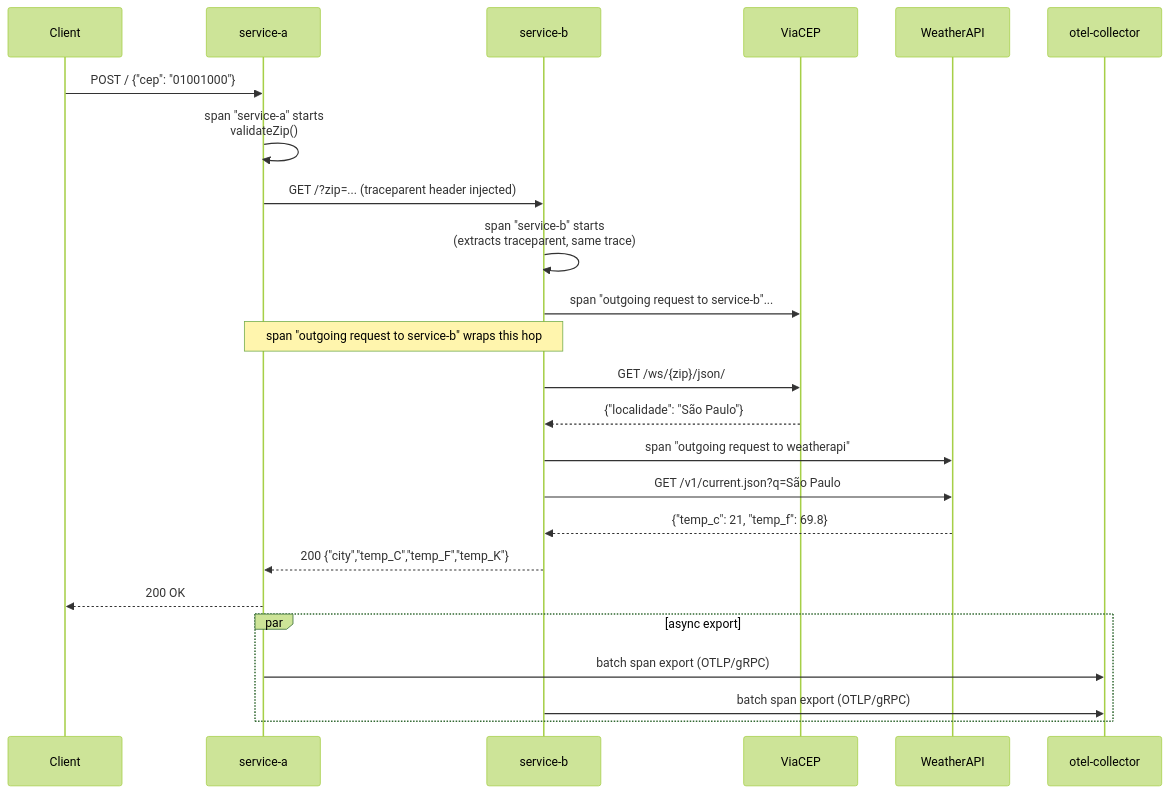
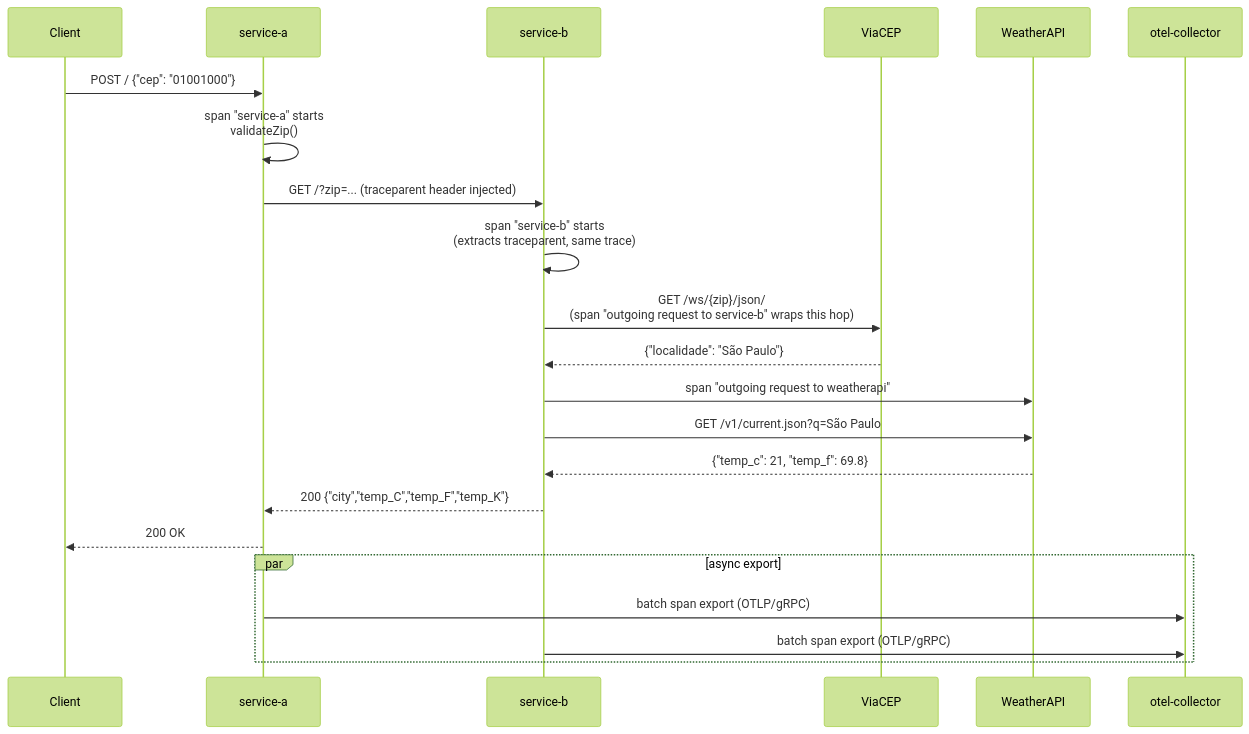
One commit to dpcamargo/otel-distributed-tracing-go changed the second of 2 diagrams in README.md. Above: the diagram before and after it, drawn with Mermaid (forest theme). The commit also changed other lines of this file, not shown here.

````diff
--- a/README.md
+++ b/README.md
@@ -44,27 +63,25 @@
 ```mermaid
 sequenceDiagram
     participant C as Client
     participant A as service-a
     participant B as service-b
     participant V as ViaCEP
     participant W as WeatherAPI
     participant OC as otel-collector
 
     C->>A: POST / {"cep": "01001000"}
     A->>A: span "service-a" starts<br/>validateZip()
     A->>B: GET /?zip=... (traceparent header injected)
     B->>B: span "service-b" starts<br/>(extracts traceparent, same trace)
-    B->>V: span "outgoing request to service-b"... 
-    Note over A,B: span "outgoing request to service-b" wraps this hop
-    B->>V: GET /ws/{zip}/json/
+    B->>V: GET /ws/{zip}/json/<br/>(span "outgoing request to service-b" wraps this hop)
     V-->>B: {"localidade": "São Paulo"}
     B->>W: span "outgoing request to weatherapi"
     B->>W: GET /v1/current.json?q=São Paulo
     W-->>B: {"temp_c": 21, "temp_f": 69.8}
     B-->>A: 200 {"city","temp_C","temp_F","temp_K"}
     A-->>C: 200 OK
     par async export
         A->>OC: batch span export (OTLP/gRPC)
         B->>OC: batch span export (OTLP/gRPC)
     end
 ```
````
